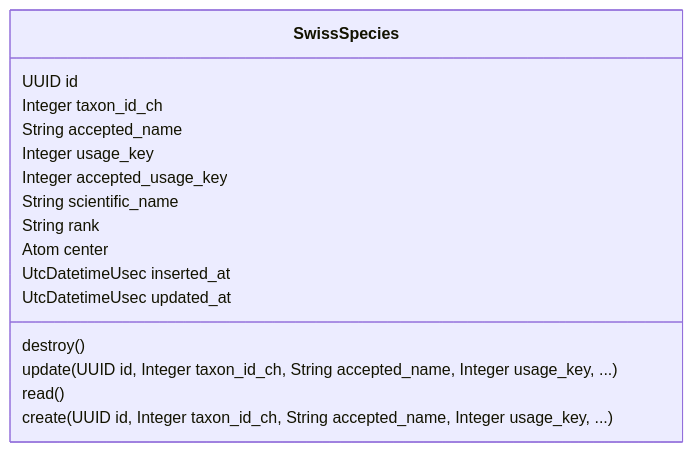
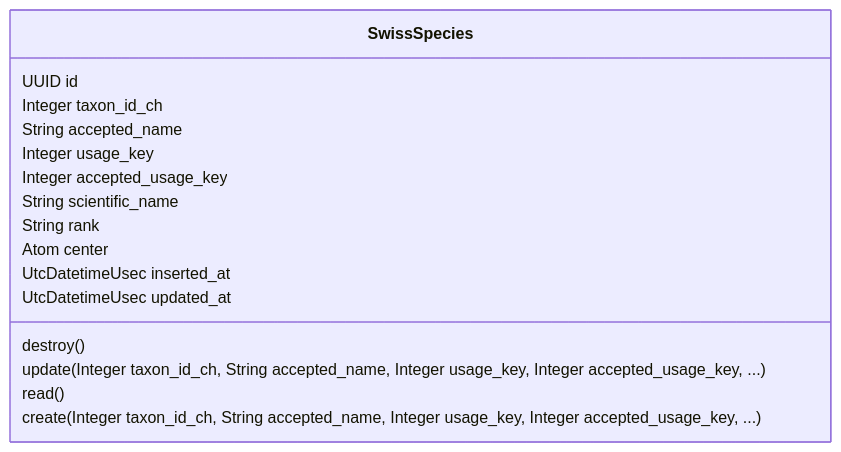
The diagram in lib/data_aggregator/taxonomy/taxonomy-mermaid-class-diagram.md (zebbra/data_aggregator), drawn with Mermaid before and after one commit. The commit also changed 169 other files, not shown here.

````diff
--- a/lib/data_aggregator/taxonomy/taxonomy-mermaid-class-diagram.md
+++ b/lib/data_aggregator/taxonomy/taxonomy-mermaid-class-diagram.md
@@ -1,22 +1,22 @@
 ```mermaid
 classDiagram
     class SwissSpecies {
         UUID id
         Integer taxon_id_ch
         String accepted_name
         Integer usage_key
         Integer accepted_usage_key
         String scientific_name
         String rank
         Atom center
         UtcDatetimeUsec inserted_at
         UtcDatetimeUsec updated_at
         destroy()
-        update(UUID id, Integer taxon_id_ch, String accepted_name, Integer usage_key, ...)
+        update(Integer taxon_id_ch, String accepted_name, Integer usage_key, Integer accepted_usage_key, ...)
         read()
-        create(UUID id, Integer taxon_id_ch, String accepted_name, Integer usage_key, ...)
+        create(Integer taxon_id_ch, String accepted_name, Integer usage_key, Integer accepted_usage_key, ...)
     }
 
 
 
 ```
````
